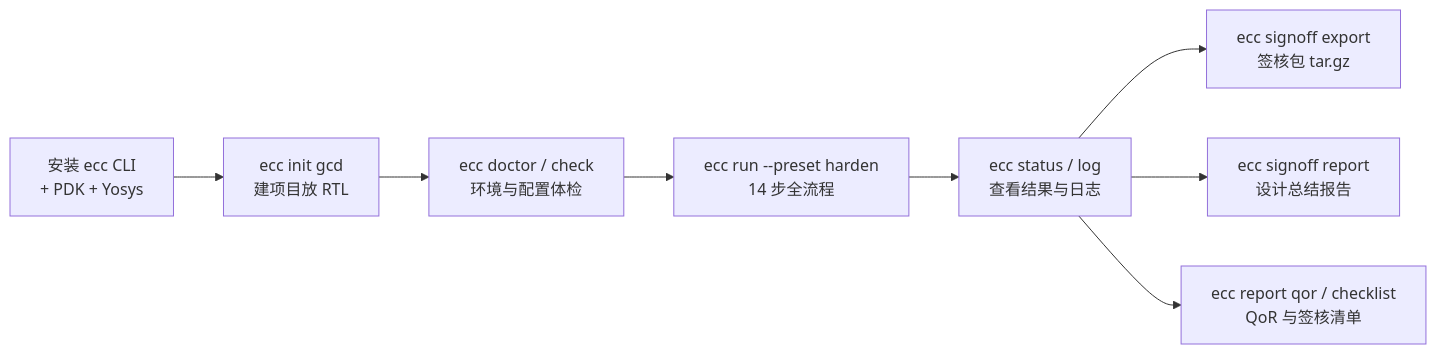
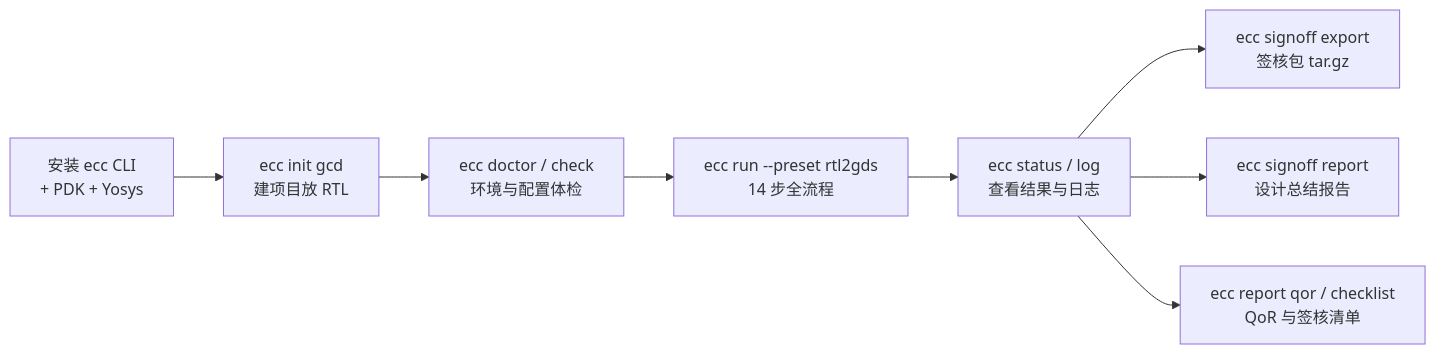
The first of 2 diagrams in docs/ecc-cli-tutorial.cn.md (openecos-projects/ecc), drawn with Mermaid before and after one commit. The commit also changed other lines of this file and 33 other files, not shown here.

````diff
--- a/docs/ecc-cli-tutorial.cn.md
+++ b/docs/ecc-cli-tutorial.cn.md
@@ -15,10 +15,10 @@
 ```mermaid
 graph LR
     A[安装 ecc CLI<br/>+ PDK + Yosys] --> B[ecc init gcd<br/>建项目放 RTL]
     B --> C[ecc doctor / check<br/>环境与配置体检]
-    C --> D[ecc run --preset harden<br/>14 步全流程]
+    C --> D[ecc run --preset rtl2gds<br/>14 步全流程]
     D --> E[ecc status / log<br/>查看结果与日志]
     E --> F[ecc signoff export<br/>签核包 tar.gz]
     E --> G[ecc signoff report<br/>设计总结报告]
     E --> H[ecc report qor / checklist<br/>QoR 与签核清单]
 ```
````
